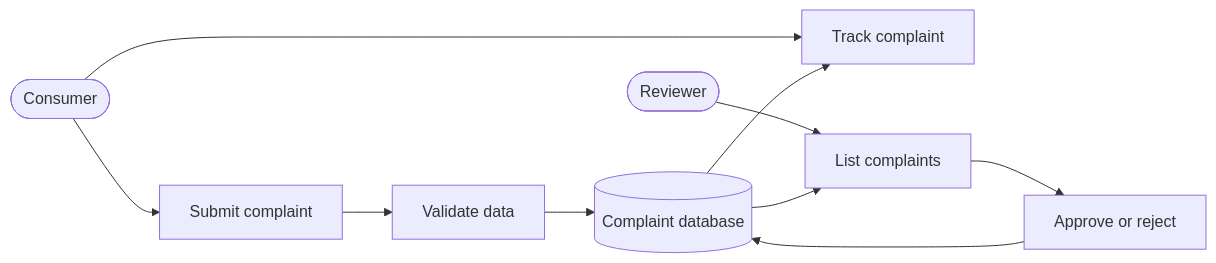
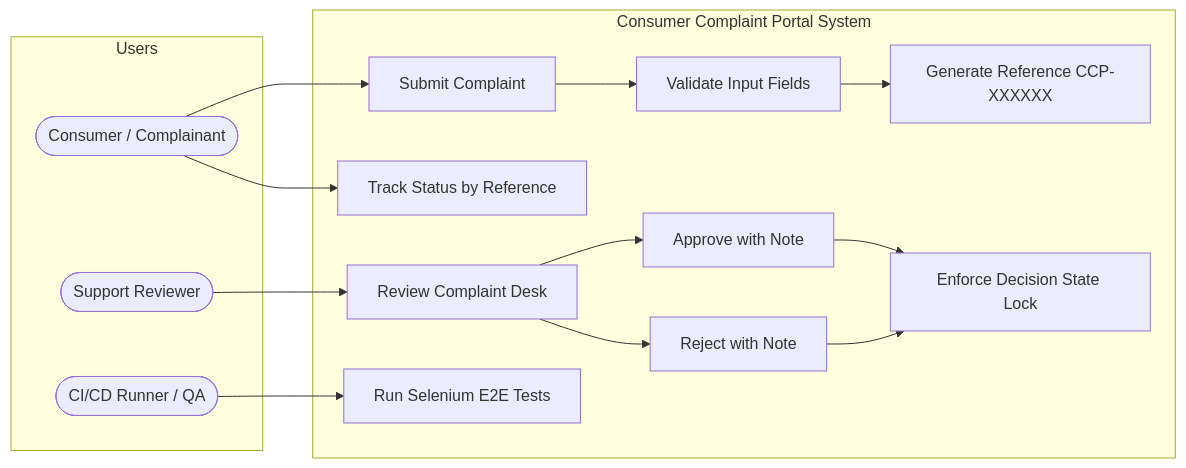
Before and after one commit to ahireharshad/consumer-complaint-portal-devops: the first of 4 diagrams in docs/SRS.md, drawn with Mermaid. The commit also changed other lines of this file and 18 other files, not shown here.

````diff
--- a/docs/SRS.md
+++ b/docs/SRS.md
@@ -24,12 +57,33 @@
 ```mermaid
 flowchart LR
-  Consumer([Consumer]) --> Submit[Submit complaint]
-  Consumer --> Track[Track complaint]
-  Reviewer([Reviewer]) --> Review[List complaints]
-  Review --> Decide[Approve or reject]
-  Submit --> Validate[Validate data]
-  Validate --> Store[(Complaint database)]
-  Store --> Track
-  Store --> Review
-  Decide --> Store
+    subgraph Users
+        Consumer([Consumer / Complainant])
+        Reviewer([Support Reviewer])
+        CI([CI/CD Runner / QA])
+    end
+
+    subgraph "Consumer Complaint Portal System"
+        UC1[Submit Complaint]
+        UC2[Validate Input Fields]
+        UC3[Generate Reference CCP-XXXXXX]
+        UC4[Track Status by Reference]
+        UC5[Review Complaint Desk]
+        UC6[Approve with Note]
+        UC7[Reject with Note]
+        UC8[Enforce Decision State Lock]
+        UC9[Run Selenium E2E Tests]
+    end
+
+    Consumer --> UC1
+    UC1 --> UC2
+    UC2 --> UC3
+    Consumer --> UC4
+
+    Reviewer --> UC5
+    UC5 --> UC6
+    UC5 --> UC7
+    UC6 --> UC8
+    UC7 --> UC8
+
+    CI --> UC9
 ```
````
